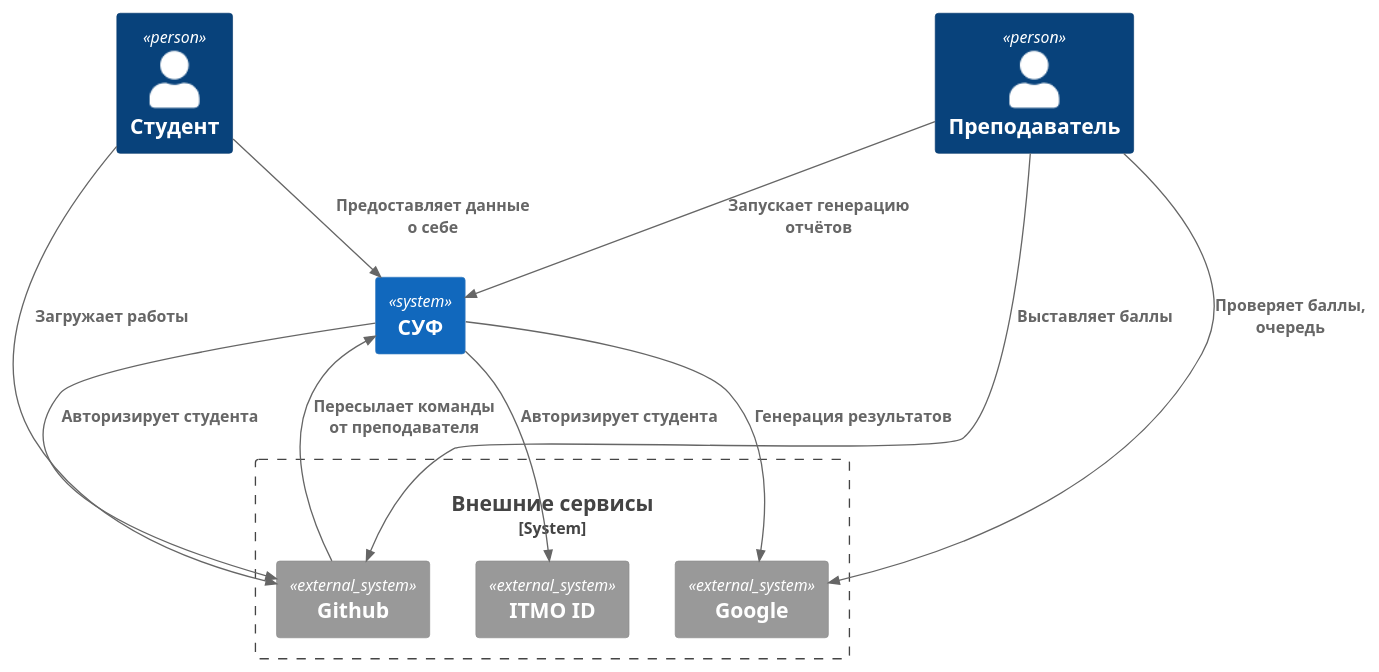
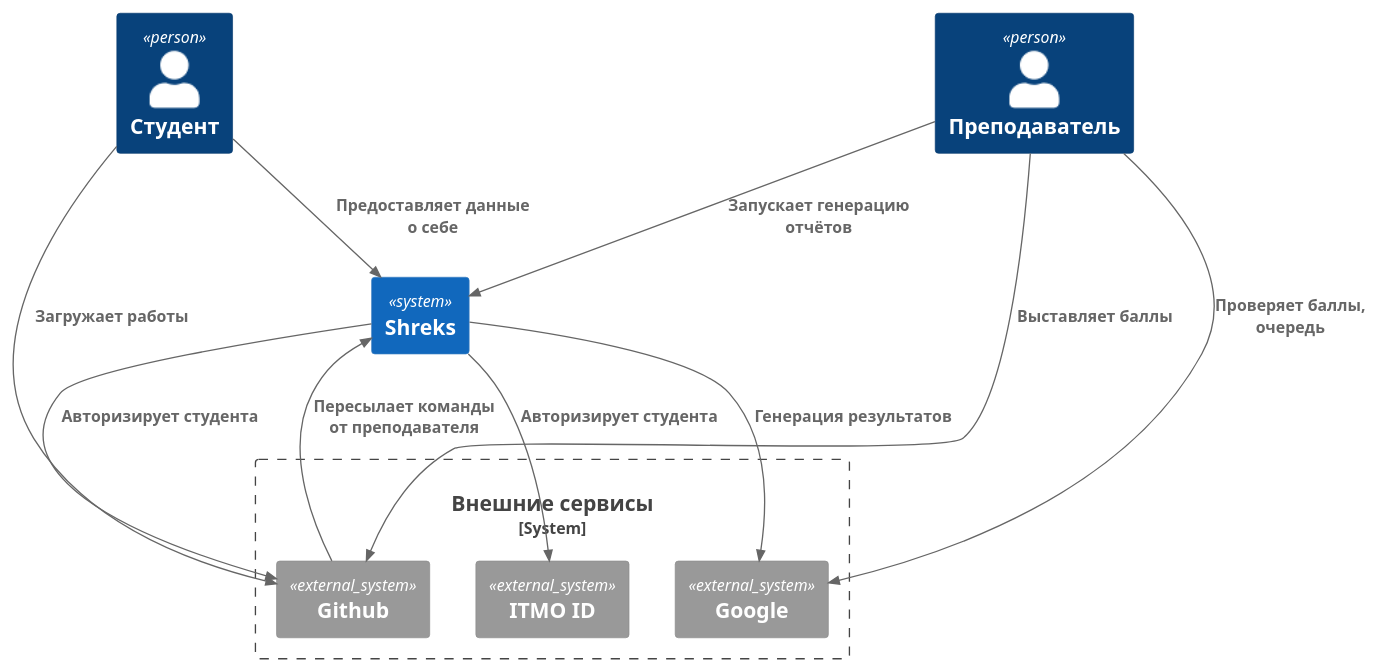
One commit to kysect/Shreks changed the diagram in Docs/Dev-docs/Architecture/Diagrams/Context.puml. Above: the diagram before and after it, drawn with PlantUML. The commit also changed 6 other files, not shown here.

```diff
--- a/Docs/Dev-docs/Architecture/Diagrams/Context.puml
+++ b/Docs/Dev-docs/Architecture/Diagrams/Context.puml
@@ -1,31 +1,31 @@
 @startuml
 
 !include https://raw.githubusercontent.com/plantuml-stdlib/C4-PlantUML/master/C4_Container.puml
 
 Person(student, "Студент")
 Person(teacher, "Преподаватель")
 
 System_Boundary(integrations, "Внешние сервисы") {
     System_Ext(github, "Github")
     System_Ext(google, "Google")
     System_Ext(itmoId, "ITMO ID")
 }
 
-System(fas, "СУФ")
+System(fas, "Shreks")
 
 Rel(student, fas, "Предоставляет данные о себе")
 Rel(teacher, fas, "Запускает генерацию отчётов")
 
 Rel(student, github, "Загружает работы")
 Rel(teacher, github, "Выставляет баллы")
 Rel(teacher, google, "Проверяет баллы, очередь")
 
 
 Rel(fas, itmoId, "Авторизирует студента")
 Rel(fas, github, "Авторизирует студента")
 Rel(fas, google, "Генерация результатов")
 
 Rel(github, fas, "Пересылает команды от преподавателя")
 
 
 @enduml
```
